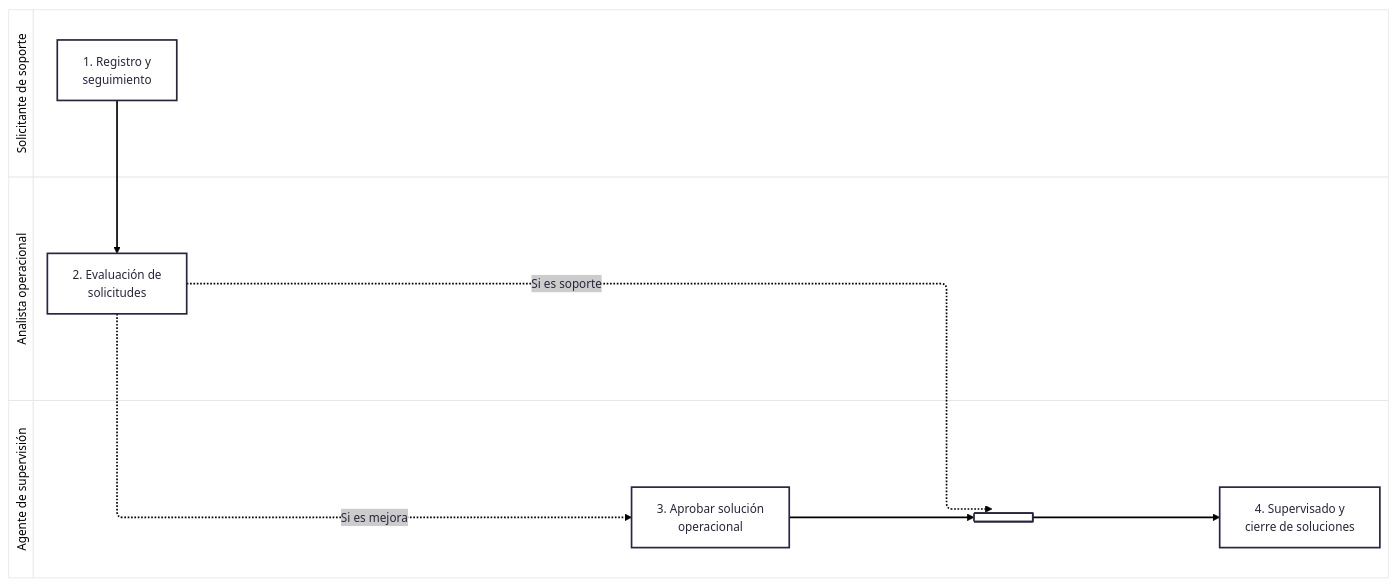
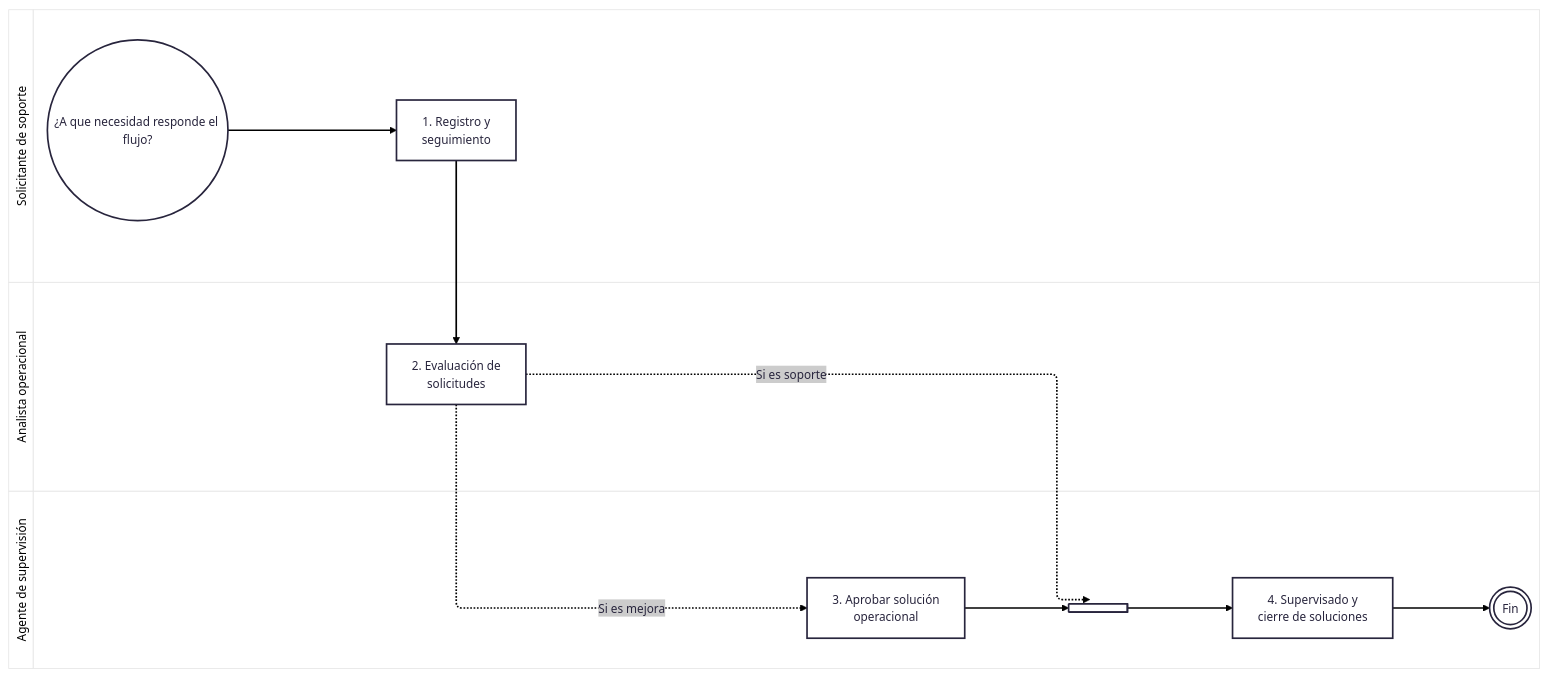
One commit to the-alive-lab/vslices changed the diagram in products/docs-standard/diagramas/work-coordination-diagram.md. Above: the diagram before and after it, drawn with Mermaid.

Commit message:
Refactor work coordination diagram flow

````diff
--- a/products/docs-standard/diagramas/work-coordination-diagram.md
+++ b/products/docs-standard/diagramas/work-coordination-diagram.md
@@ -64,26 +64,27 @@
 ```mermaid
 ---
 config:
   theme: redux-color
 ---
 swimlane-beta LR
     subgraph solicitante ["Solicitante de soporte"]
+        inicio(("¿A que necesidad responde el flujo?"))
         registrar["1. Registro y<br/>seguimiento"]
     end
 
     subgraph analista ["Analista operacional"]
         evaluar["2. Evaluación de<br/>solicitudes"]
     end
 
     subgraph agente ["Agente de supervisión"]
         aprobar["3. Aprobar solución<br/>operacional"]
         sync@{ shape: fork }
         supervisar["4. Supervisado y<br/>cierre de soluciones"]
+        fin((("Fin")))
     end
 
-    registrar --> evaluar
+    inicio --> registrar --> evaluar
     evaluar -.->|"Si es soporte"| sync
     evaluar -.->|"Si es mejora"| aprobar
-    aprobar --> sync
-    sync --> supervisar
+    aprobar --> sync --> supervisar --> fin
 ```
````
